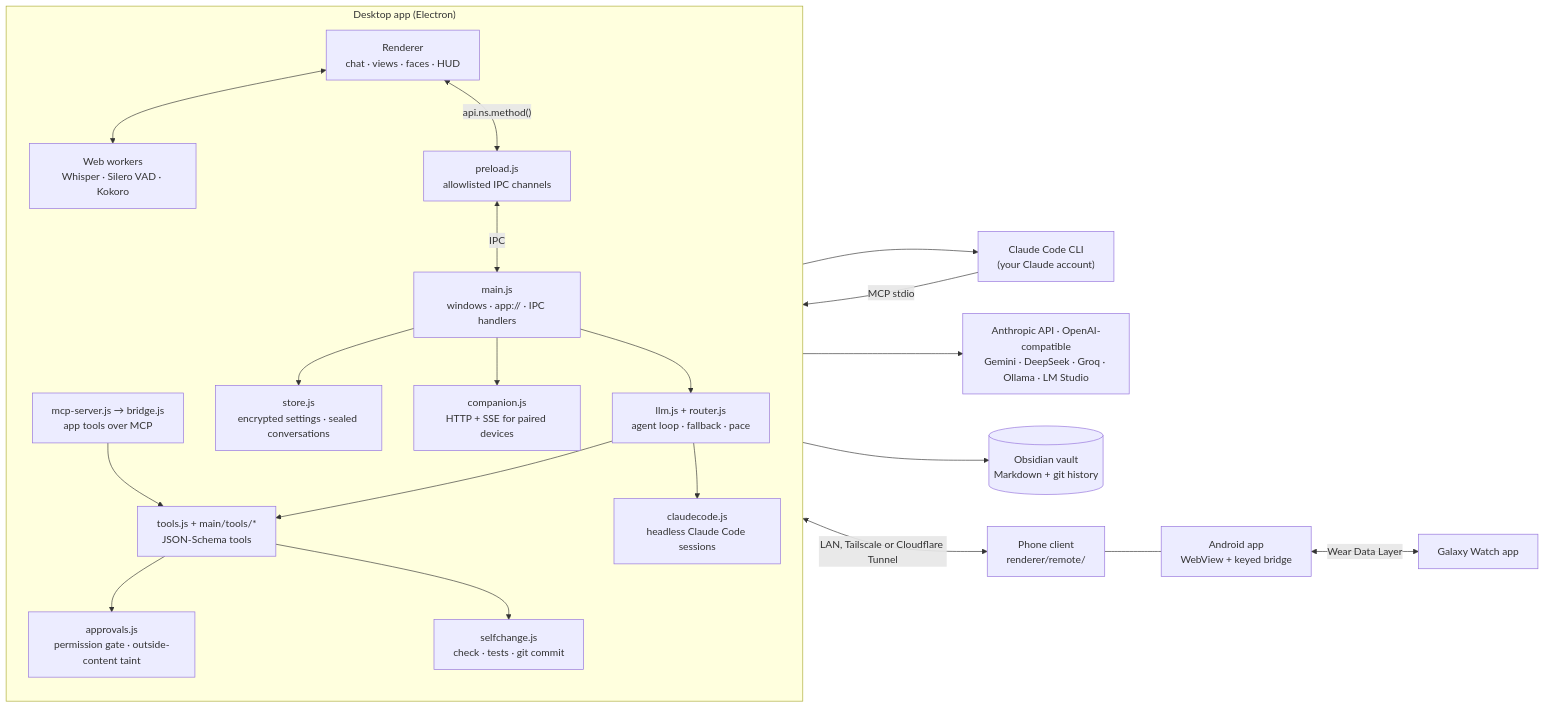
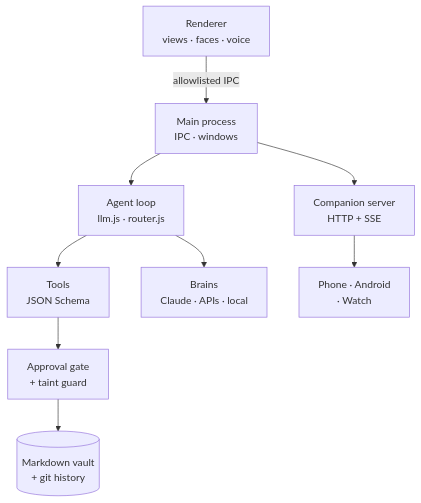
Before and after one commit to Andreas-Erick/fullstack-agent: the diagram in README.md, drawn with Mermaid. The commit also changed other lines of this file and 9 other files, not shown here.

First line of the commit message:
Docs: architecture decision records, a shorter README, the user guide moved to docs/FEATURES.md

````diff
--- a/README.md
+++ b/README.md
@@ -334,36 +77,11 @@
 ```mermaid
-flowchart LR
-  subgraph Desktop["Desktop app (Electron)"]
-    direction TB
-    R["Renderer<br/>chat · views · faces · HUD"]
-    W["Web workers<br/>Whisper · Silero VAD · Kokoro"]
-    P["preload.js<br/>allowlisted IPC channels"]
-    M["main.js<br/>windows · app:// · IPC handlers"]
-    L["llm.js + router.js<br/>agent loop · fallback · pace"]
-    T["tools.js + main/tools/*<br/>JSON-Schema tools"]
-    A["approvals.js<br/>permission gate · outside-content taint"]
-    S["store.js<br/>encrypted settings · sealed conversations"]
-    C["companion.js<br/>HTTP + SSE for paired devices"]
-    CC["claudecode.js<br/>headless Claude Code sessions"]
-    B["mcp-server.js → bridge.js<br/>app tools over MCP"]
-    SC["selfchange.js<br/>check · tests · git commit"]
-  end
-  R <--> W
-  R <-->|"api.ns.method()"| P
-  P <-->|IPC| M
-  M --> L
-  M --> S
-  M --> C
-  L --> T
-  T --> A
-  L --> CC
-  CC --> CLI["Claude Code CLI<br/>(your Claude account)"]
-  CLI -->|"MCP stdio"| B
-  B --> T
-  L --> API["Anthropic API · OpenAI-compatible<br/>Gemini · DeepSeek · Groq · Ollama · LM Studio"]
-  T --> V[("Obsidian vault<br/>Markdown + git history")]
-  T --> SC
-  C <-->|"LAN, Tailscale or Cloudflare Tunnel"| PH["Phone client<br/>renderer/remote/"]
-  PH --- AND["Android app<br/>WebView + keyed bridge"]
-  AND <-->|"Wear Data Layer"| WATCH["Galaxy Watch app"]
+flowchart TD
+  UI["Renderer<br/>views · faces · voice"] -->|allowlisted IPC| Main["Main process<br/>IPC · windows"]
+  Main --> Loop["Agent loop<br/>llm.js · router.js"]
+  Loop --> Tools["Tools<br/>JSON Schema"]
+  Loop --> Brains["Brains<br/>Claude · APIs · local"]
+  Tools --> Gate["Approval gate<br/>+ taint guard"]
+  Gate --> Vault[("Markdown vault<br/>+ git history")]
+  Main --> Comp["Companion server<br/>HTTP + SSE"]
+  Comp --> Phone["Phone · Android<br/>· Watch"]
 ```
````
